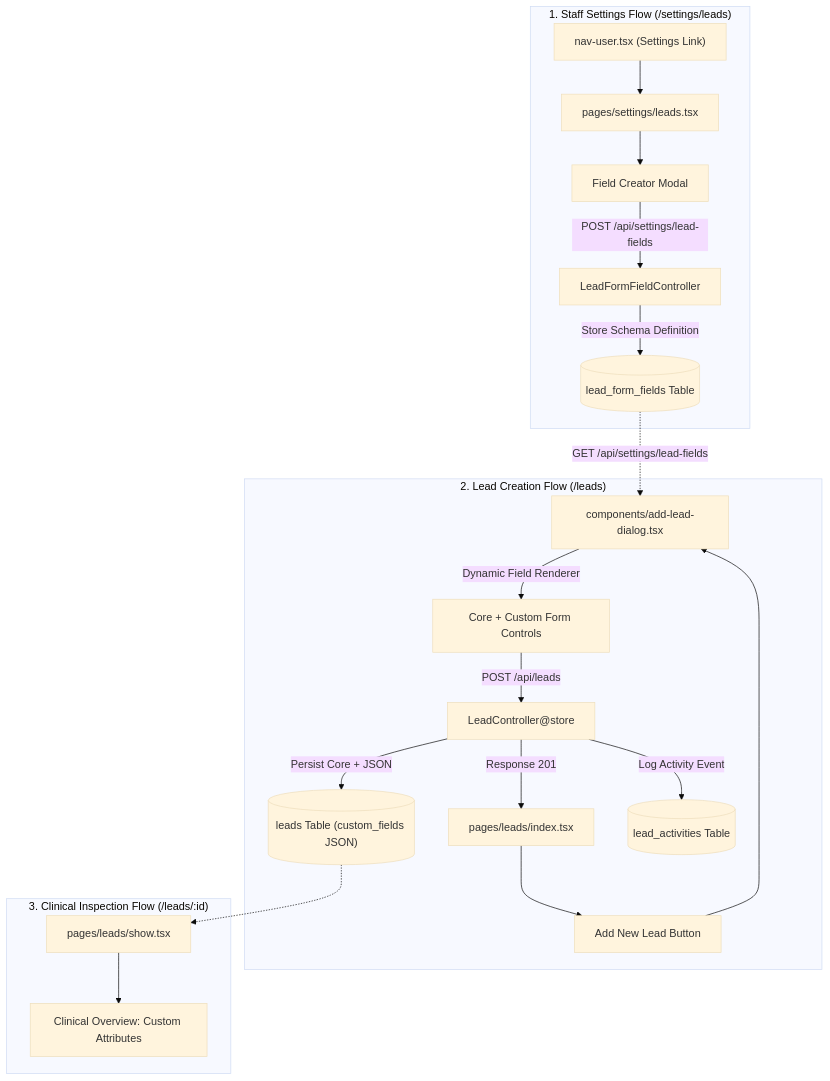
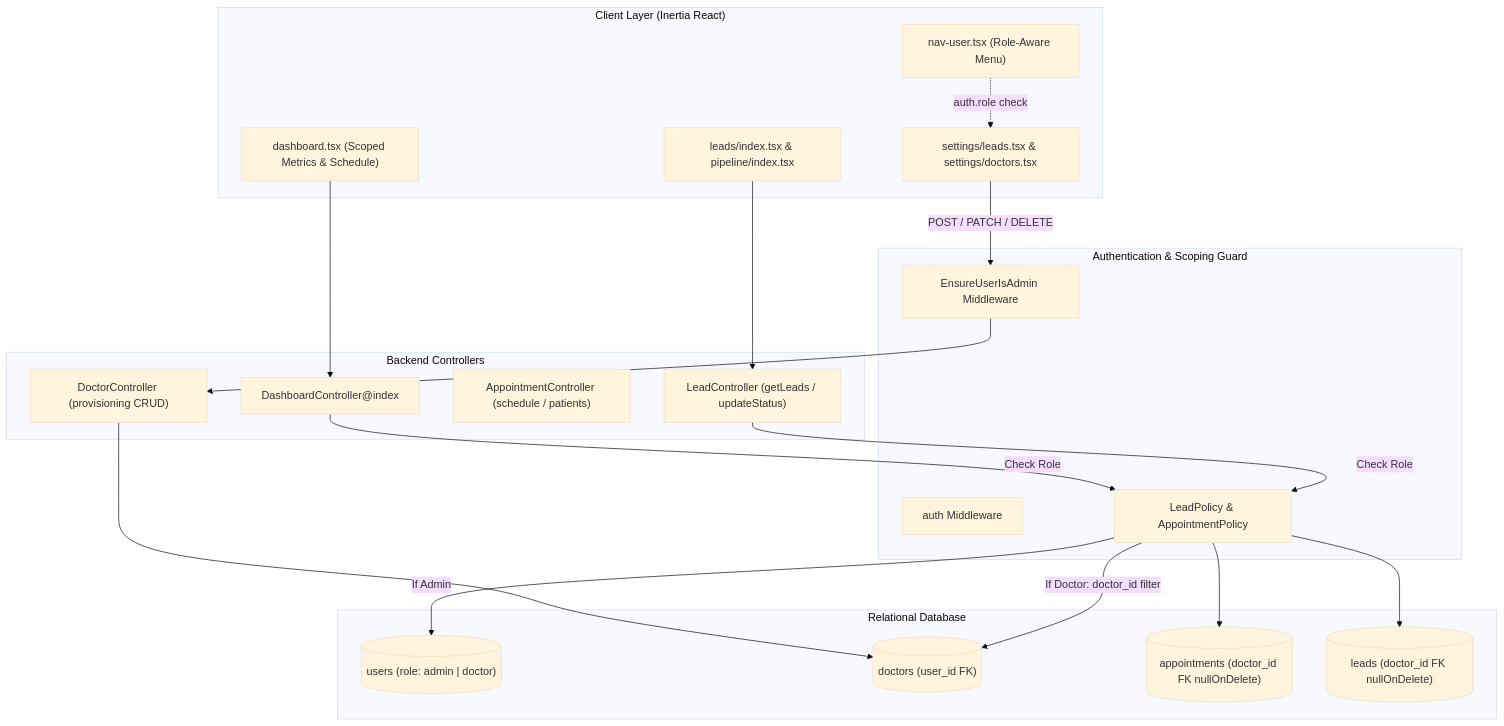
Before and after one commit to Allwyn46/medipro_laravel_backend: the diagram in design_draft.md, drawn with Mermaid (base theme). The commit also changed other lines of this file and 37 other files, not shown here.

````diff
--- a/design_draft.md
+++ b/design_draft.md
@@ -70,25 +90,45 @@
 ```mermaid
 flowchart TD
-    subgraph Settings ["1. Staff Settings Flow (/settings/leads)"]
-        UserNav["nav-user.tsx (Settings Link)"] --> SettingsPage["pages/settings/leads.tsx"]
-        SettingsPage --> FieldModal["Field Creator Modal"]
-        FieldModal -->|POST /api/settings/lead-fields| FieldController["LeadFormFieldController"]
-        FieldController -->|Store Schema Definition| DBFields[("lead_form_fields Table")]
+    subgraph Client ["Client Layer (Inertia React)"]
+        UserNav["nav-user.tsx (Role-Aware Menu)"]
+        Dashboard["dashboard.tsx (Scoped Metrics & Schedule)"]
+        LeadsPage["leads/index.tsx & pipeline/index.tsx"]
+        SettingsPage["settings/leads.tsx & settings/doctors.tsx"]
     end
 
-    subgraph Intake ["2. Lead Creation Flow (/leads)"]
-        LeadsPage["pages/leads/index.tsx"] --> AddLeadBtn["Add New Lead Button"]
-        AddLeadBtn --> AddLeadModal["components/add-lead-dialog.tsx"]
-        DBFields -.->|GET /api/settings/lead-fields| AddLeadModal
-        AddLeadModal -->|Dynamic Field Renderer| RenderedFields["Core + Custom Form Controls"]
-        RenderedFields -->|POST /api/leads| LeadCtrl["LeadController@store"]
-        LeadCtrl -->|Persist Core + JSON| DBLeads[("leads Table (custom_fields JSON)")]
-        LeadCtrl -->|Log Activity Event| DBAct[("lead_activities Table")]
-        LeadCtrl -->|Response 201| LeadsPage
+    subgraph AuthLayer ["Authentication & Scoping Guard"]
+        AuthMiddleware["auth Middleware"]
+        AdminMiddleware["EnsureUserIsAdmin Middleware"]
+        Policies["LeadPolicy & AppointmentPolicy"]
     end
 
-    subgraph View ["3. Clinical Inspection Flow (/leads/:id)"]
-        DBLeads -.-> LeadShow["pages/leads/show.tsx"]
-        LeadShow --> CustomFieldsCard["Clinical Overview: Custom Attributes"]
+    subgraph Controllers ["Backend Controllers"]
+        DashCtrl["DashboardController@index"]
+        LeadCtrl["LeadController (getLeads / updateStatus)"]
+        ApptCtrl["AppointmentController (schedule / patients)"]
+        DocCtrl["DoctorController (provisioning CRUD)"]
     end
+
+    subgraph Database ["Relational Database"]
+        DBUsers[("users (role: admin | doctor)")]
+        DBDoctors[("doctors (user_id FK)")]
+        DBAppts[("appointments (doctor_id FK nullOnDelete)")]
+        DBLeads[("leads (doctor_id FK nullOnDelete)")]
+    end
+
+    UserNav -.->|auth.role check| SettingsPage
+    SettingsPage -->|POST / PATCH / DELETE| AdminMiddleware
+    AdminMiddleware --> DocCtrl
+    DocCtrl --> DBDoctors
+
+    Dashboard --> DashCtrl
+    LeadsPage --> LeadCtrl
+
+    DashCtrl -->|Check Role| Policies
+    LeadCtrl -->|Check Role| Policies
+
+    Policies -->|If Admin| DBUsers
+    Policies -->|If Doctor: doctor_id filter| DBDoctors
+    Policies --> DBAppts
+    Policies --> DBLeads
 ```
````
